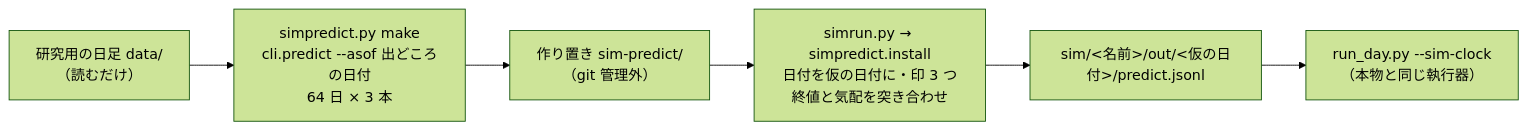
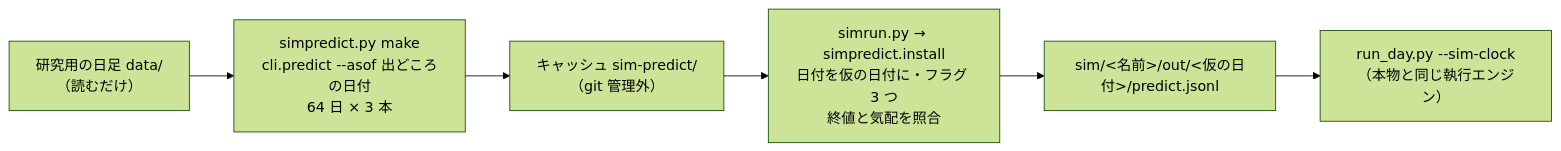
The fifth of 21 diagrams in docs/specs/experiments/live-trading.md (akiraak/ai-income-lab), drawn with Mermaid (forest theme) before and after one commit. The commit also changed other lines of this file and 45 other files, not shown here.

````diff
--- a/docs/specs/experiments/live-trading.md
+++ b/docs/specs/experiments/live-trading.md
@@ -448,8 +448,8 @@
 ```mermaid
 flowchart LR
   D["研究用の日足 data/<br/>（読むだけ）"] --> P["simpredict.py make<br/>cli.predict --asof 出どころの日付<br/>64 日 × 3 本"]
-  P --> C["作り置き sim-predict/<br/>（git 管理外）"]
-  C --> I["simrun.py → simpredict.install<br/>日付を仮の日付に・印 3 つ<br/>終値と気配を突き合わせ"]
+  P --> C["キャッシュ sim-predict/<br/>（git 管理外）"]
+  C --> I["simrun.py → simpredict.install<br/>日付を仮の日付に・フラグ 3 つ<br/>終値と気配を照合"]
   I --> O["sim/<名前>/out/<仮の日付>/predict.jsonl"]
-  O --> R["run_day.py --sim-clock<br/>（本物と同じ執行器）"]
+  O --> R["run_day.py --sim-clock<br/>（本物と同じ執行エンジン）"]
 ```
````
